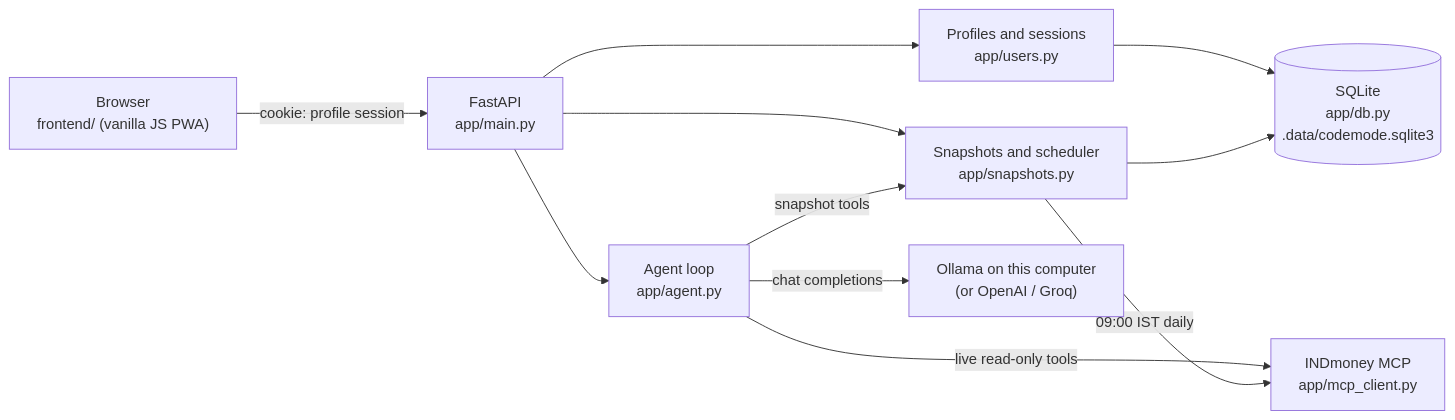
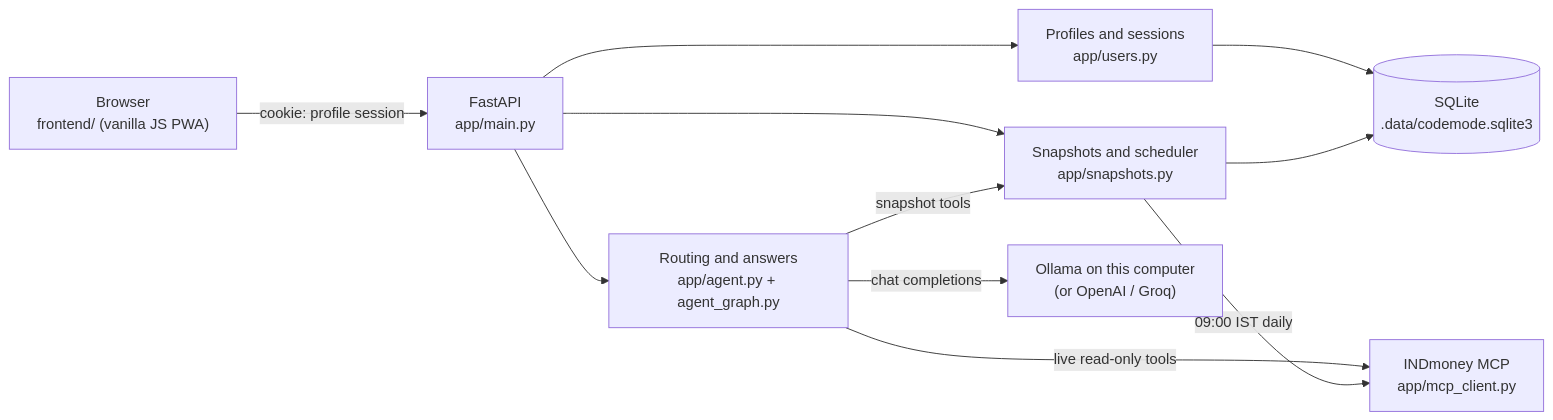
One commit to Nishaanth419/CAMode changed the first of 3 diagrams in README.md. Above: the diagram before and after it, drawn with Mermaid. The commit also changed other lines of this file and 10 other files, not shown here.

````diff
--- a/README.md
+++ b/README.md
@@ -24,13 +27,13 @@
 ```mermaid
 flowchart LR
     Browser["Browser<br/>frontend/ (vanilla JS PWA)"] -->|"cookie: profile session"| API["FastAPI<br/>app/main.py"]
     API --> Users["Profiles and sessions<br/>app/users.py"]
-    API --> Agent["Agent loop<br/>app/agent.py"]
+    API --> Agent["Routing and answers<br/>app/agent.py + agent_graph.py"]
     API --> Snap["Snapshots and scheduler<br/>app/snapshots.py"]
-    Users --> DB[("SQLite<br/>app/db.py<br/>.data/codemode.sqlite3")]
+    Users --> DB[("SQLite<br/>.data/codemode.sqlite3")]
     Snap --> DB
     Agent -->|"chat completions"| LLM["Ollama on this computer<br/>(or OpenAI / Groq)"]
     Agent -->|"snapshot tools"| Snap
     Agent -->|"live read-only tools"| MCP["INDmoney MCP<br/>app/mcp_client.py"]
     Snap -->|"09:00 IST daily"| MCP
 ```
````
